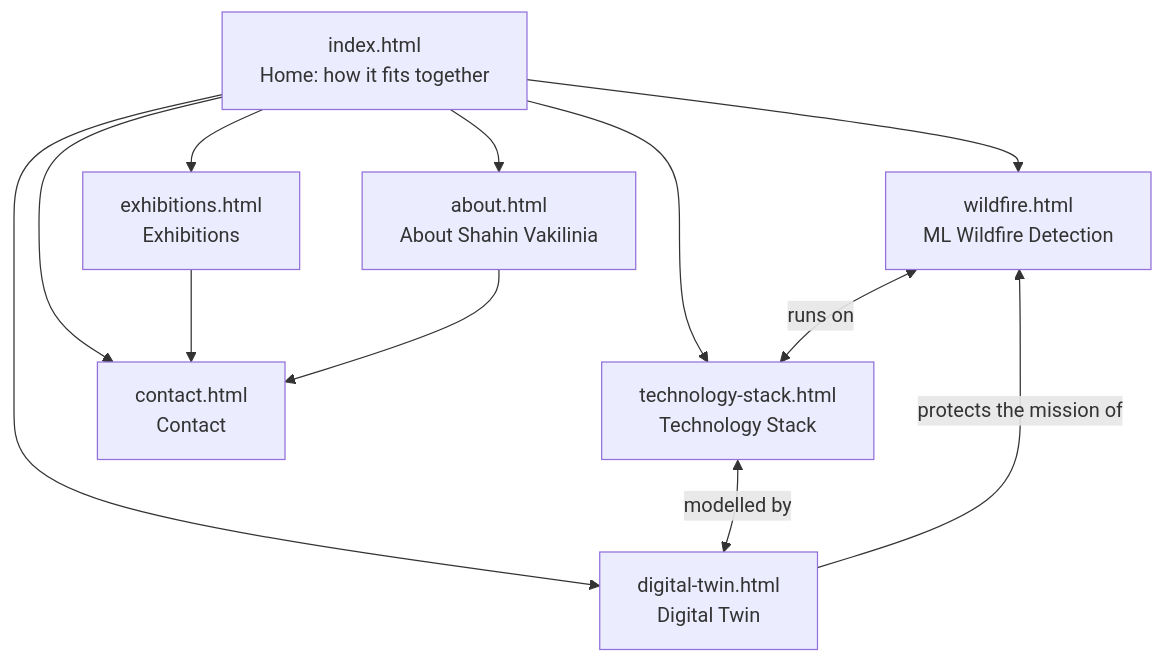
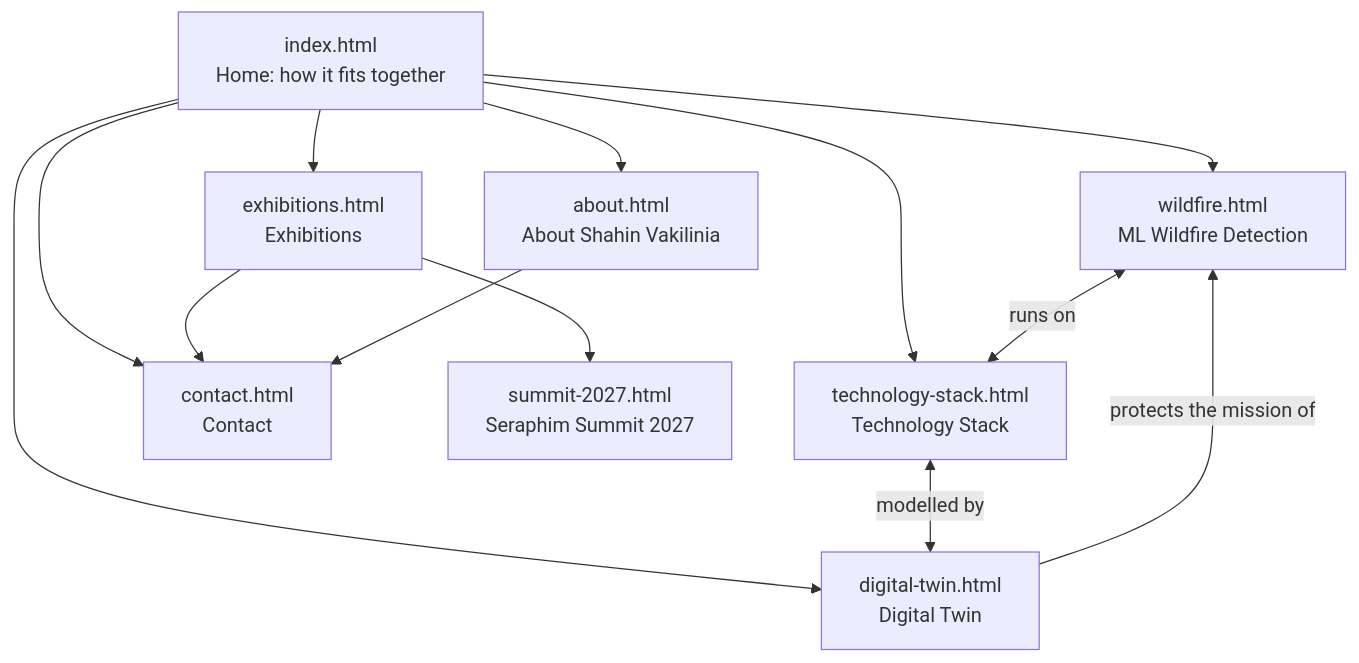
One commit to ArchShahin/archangx-website changed the third of 3 diagrams in docs/ARCHITECTURE.md. Above: the diagram before and after it, drawn with Mermaid. The commit also changed other lines of this file and 4 other files, not shown here.

Commit message:
Seraphim Summit 2027 event page (Toronto, 21-22 June) with work-email registration; Luma event pack

````diff
--- a/docs/ARCHITECTURE.md
+++ b/docs/ARCHITECTURE.md
@@ -41,14 +41,15 @@
 ```mermaid
 flowchart TB
   H[index.html<br/>Home: how it fits together] --> W[wildfire.html<br/>ML Wildfire Detection]
   H --> S[technology-stack.html<br/>Technology Stack]
   H --> T[digital-twin.html<br/>Digital Twin]
   H --> X[exhibitions.html<br/>Exhibitions]
   H --> AB[about.html<br/>About Shahin Vakilinia]
   H --> CO[contact.html<br/>Contact]
   W <-->|runs on| S
   S <-->|modelled by| T
   T -->|protects the mission of| W
+  X --> SU[summit-2027.html<br/>Seraphim Summit 2027]
   X --> CO
   AB --> CO
 ```
````
